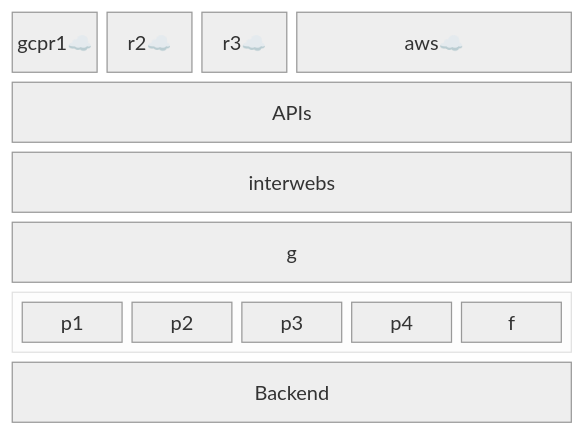
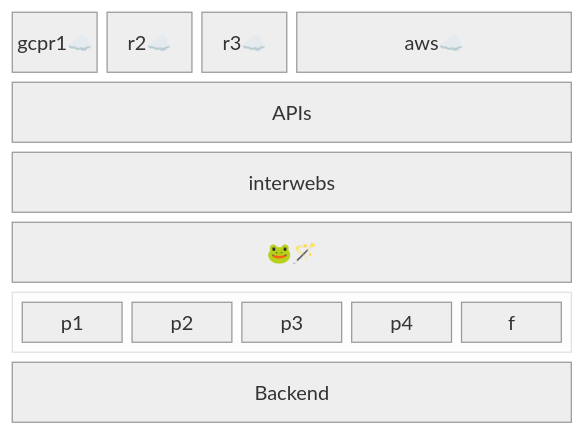
One commit to sohale/cs-glossaries changed the diagram in devops/terraform-tut.md. Above: the diagram before and after it, drawn with Mermaid (neutral theme). The commit also changed other lines of this file, not shown here.

````diff
--- a/devops/terraform-tut.md
+++ b/devops/terraform-tut.md
@@ -77,24 +77,24 @@
 ```mermaid
 block-beta
   columns 6
   gcpr1☁️ r2☁️ r3☁️ aws☁️:3
   %% resources on cloud providers
   APIs:6
   interwebs:6
   %% block:group1:6
   %%   columns 2
   %%   h i j k
   %% end
-  g:6
+  g["🐸🪄"]:6
   %% block:group2:6
   %%  %% columns auto (default)
   %%  p1 p2 p3  p4 p5 p6
   %% end
   block:group3:6
     columns 5
     %%  The width of the columns is determined by the widest block
     %% pp["provider plugins"]:1
     p1:1 p2:1 p3:1 p4:1 f:1
   end
   Backend:6
 ```
````
